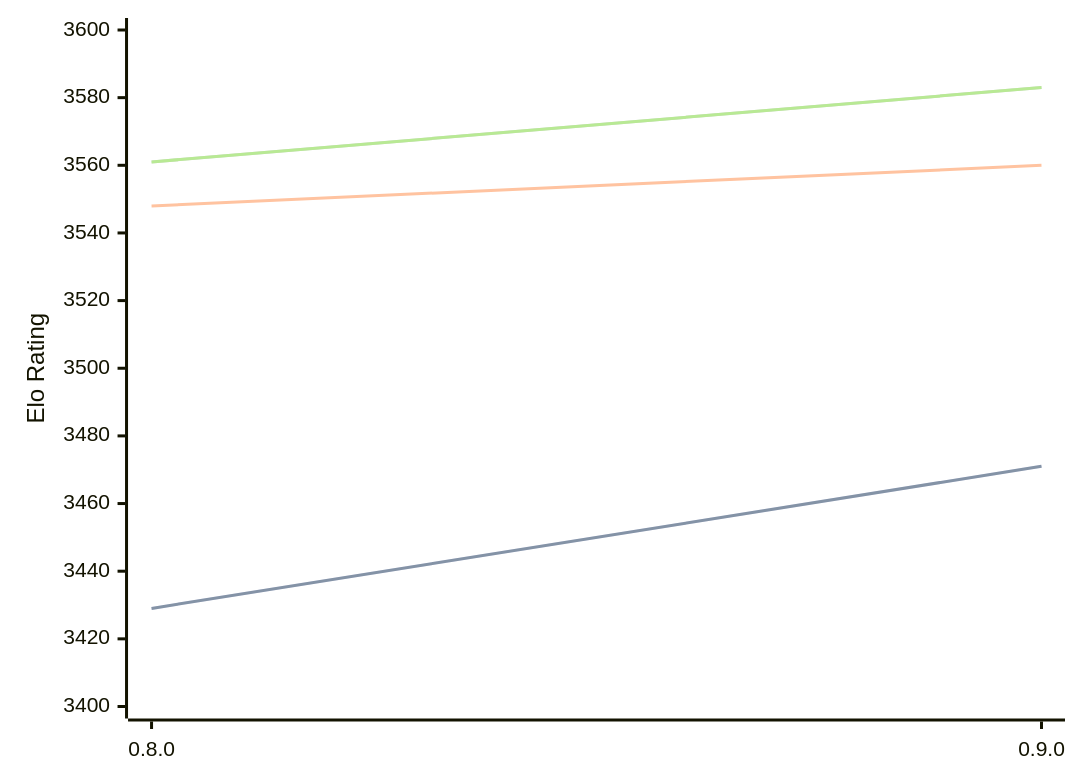
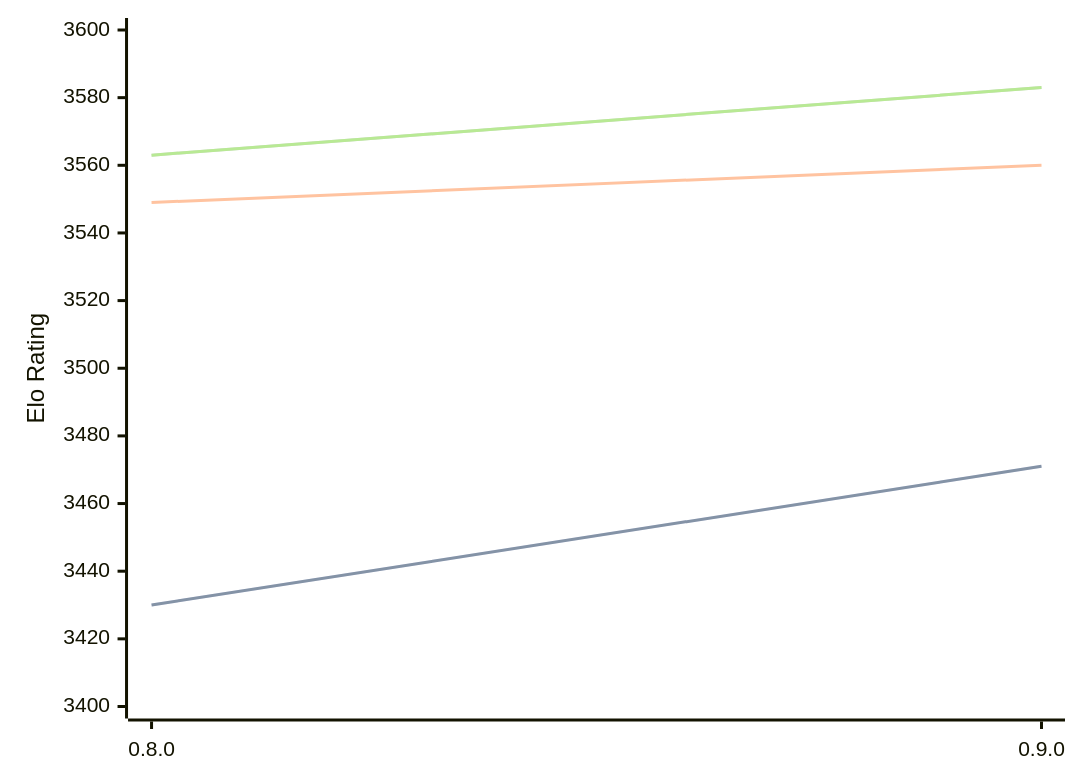
The diagram in engines/Reckless.md (computer-chess-index/cci), drawn with Mermaid before and after one commit. The commit also changed other lines of this file, not shown here.

Commit message:
Update CCI Ratings (ELO VLTC) - 2026-07-24

````diff
--- a/engines/Reckless.md
+++ b/engines/Reckless.md
@@ -39,11 +39,11 @@
 ```mermaid
 %%{init: {"theme":"base","themeVariables":{"seriesColors:['#a3a3a3','#222221','#faa371']}}}%%
 xychart-beta
   x-axis ["0.8.0", "0.9.0"]
   y-axis "Elo Rating" 3400 --> 3600
-  line "STC (8.0+0.08s)" [3429, 3471]
-  line "STC (8.0+0.08s)" [3429, 3471]
-  line "LTC (60.0+0.60s)" [3548, 3560]
-  line "VLTC (2m24s+1.12s)" [3561, 3583]
-  line "VLTC (2m24s+1.12s)" [3561, 3583]
+  line "STC (8.0+0.08s)" [3430, 3471]
+  line "STC (8.0+0.08s)" [3430, 3471]
+  line "LTC (60.0+0.60s)" [3549, 3560]
+  line "VLTC (2m24s+1.12s)" [3563, 3583]
+  line "VLTC (2m24s+1.12s)" [3563, 3583]
 ```
````
